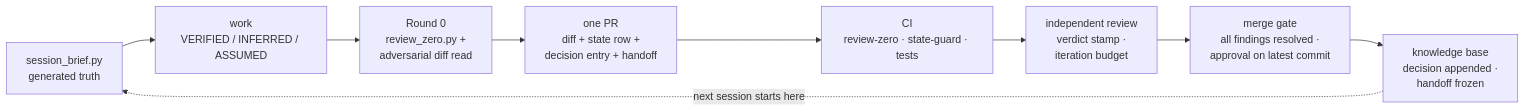
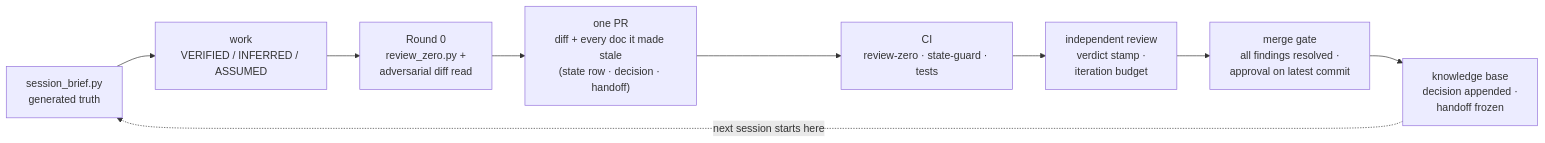
The diagram in README.md (mlakhoua-rgb/agent-constitution), drawn with Mermaid before and after one commit. The commit also changed other lines of this file and 1 other file, not shown here.

````diff
--- a/README.md
+++ b/README.md
@@ -119,11 +119,11 @@
 ```mermaid
 flowchart LR
     S["session_brief.py<br>generated truth"] --> W["work<br>VERIFIED / INFERRED / ASSUMED"]
     W --> R0["Round 0<br>review_zero.py +<br>adversarial diff read"]
-    R0 --> PR["one PR<br>diff + state row +<br>decision entry + handoff"]
+    R0 --> PR["one PR<br>diff + every doc it made stale<br>(state row · decision · handoff)"]
     PR --> CI["CI<br>review-zero · state-guard · tests"]
     CI --> REV["independent review<br>verdict stamp ·<br>iteration budget"]
     REV --> MG["merge gate<br>all findings resolved ·<br>approval on latest commit"]
     MG --> KB["knowledge base<br>decision appended ·<br>handoff frozen"]
     KB -.->|next session starts here| S
 ```
````
